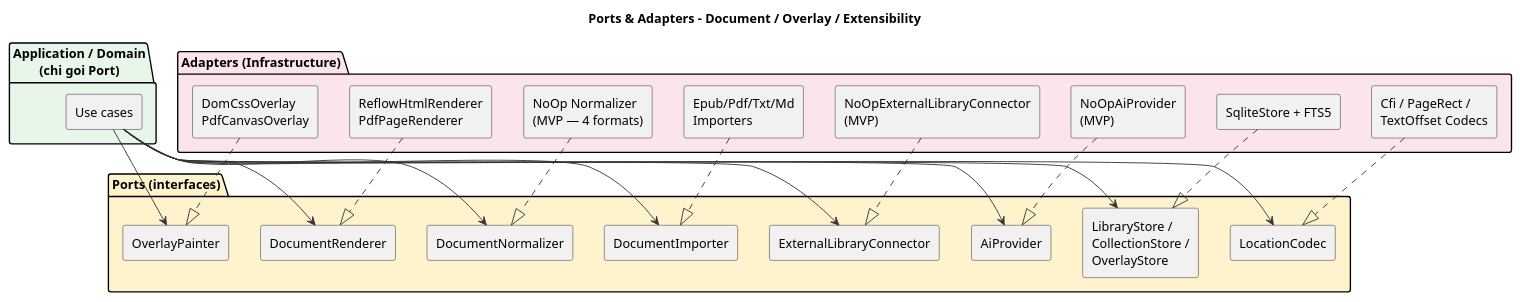
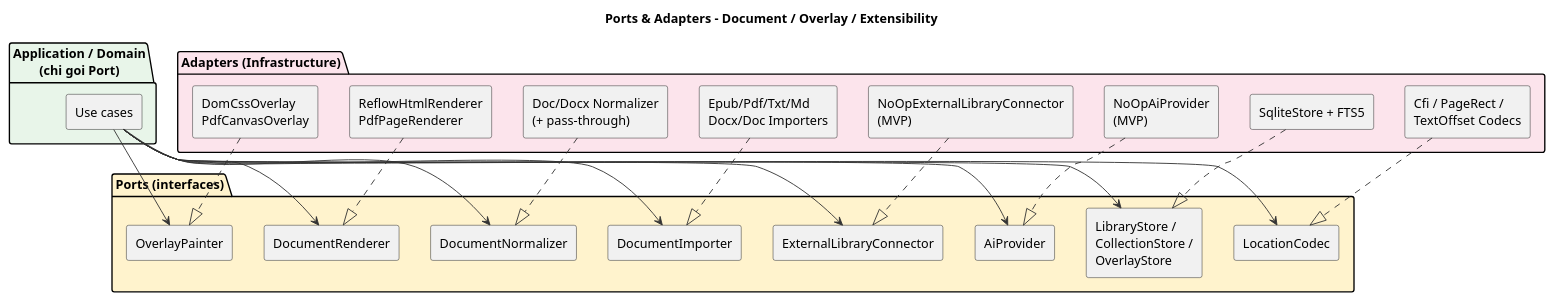
One commit to LeThaiAn15112004/reading-book-app changed the diagram in docs/diagram/sds-ports-adapters/sds-ports-adapters.puml. Above: the diagram before and after it, drawn with PlantUML. The commit also changed 103 other files, not shown here.

```diff
--- a/docs/diagram/sds-ports-adapters/sds-ports-adapters.puml
+++ b/docs/diagram/sds-ports-adapters/sds-ports-adapters.puml
@@ -1,53 +1,53 @@
 @startuml sds-ports-adapters
 title Ports & Adapters - Document / Overlay / Extensibility
 skinparam shadowing false
 skinparam backgroundColor #FFFFFF
 skinparam defaultFontName Arial
 skinparam ArrowColor #333333
 skinparam componentStyle rectangle
 
 package "Application / Domain\n(chi goi Port)" as Core #E8F5E9 {
   component "Use cases" as UC
 }
 
 package "Ports (interfaces)" as Ports #FFF3CD {
   component "DocumentImporter" as P1
   component "DocumentNormalizer" as P2
   component "DocumentRenderer" as P3
   component "OverlayPainter" as P4
   component "LocationCodec" as P5
   component "LibraryStore /\nCollectionStore /\nOverlayStore" as P6
   component "AiProvider" as P7
   component "ExternalLibraryConnector" as P8
 }
 
 package "Adapters (Infrastructure)" as Adapters #FCE4EC {
-  component "Epub/Pdf/Txt/Md\nImporters" as A1
-  component "NoOp Normalizer\n(MVP — 4 formats)" as A2
+  component "Epub/Pdf/Txt/Md\nDocx/Doc Importers" as A1
+  component "Doc/Docx Normalizer\n(+ pass-through)" as A2
   component "ReflowHtmlRenderer\nPdfPageRenderer" as A3
   component "DomCssOverlay\nPdfCanvasOverlay" as A4
   component "Cfi / PageRect /\nTextOffset Codecs" as A5
   component "SqliteStore + FTS5" as A6
   component "NoOpAiProvider\n(MVP)" as A7
   component "NoOpExternalLibraryConnector\n(MVP)" as A8
 }
 
 UC --> P1
 UC --> P2
 UC --> P3
 UC --> P4
 UC --> P5
 UC --> P6
 UC --> P7
 UC --> P8
 
 A1 ..|> P1
 A2 ..|> P2
 A3 ..|> P3
 A4 ..|> P4
 A5 ..|> P5
 A6 ..|> P6
 A7 ..|> P7
 A8 ..|> P8
 
 @enduml
```
